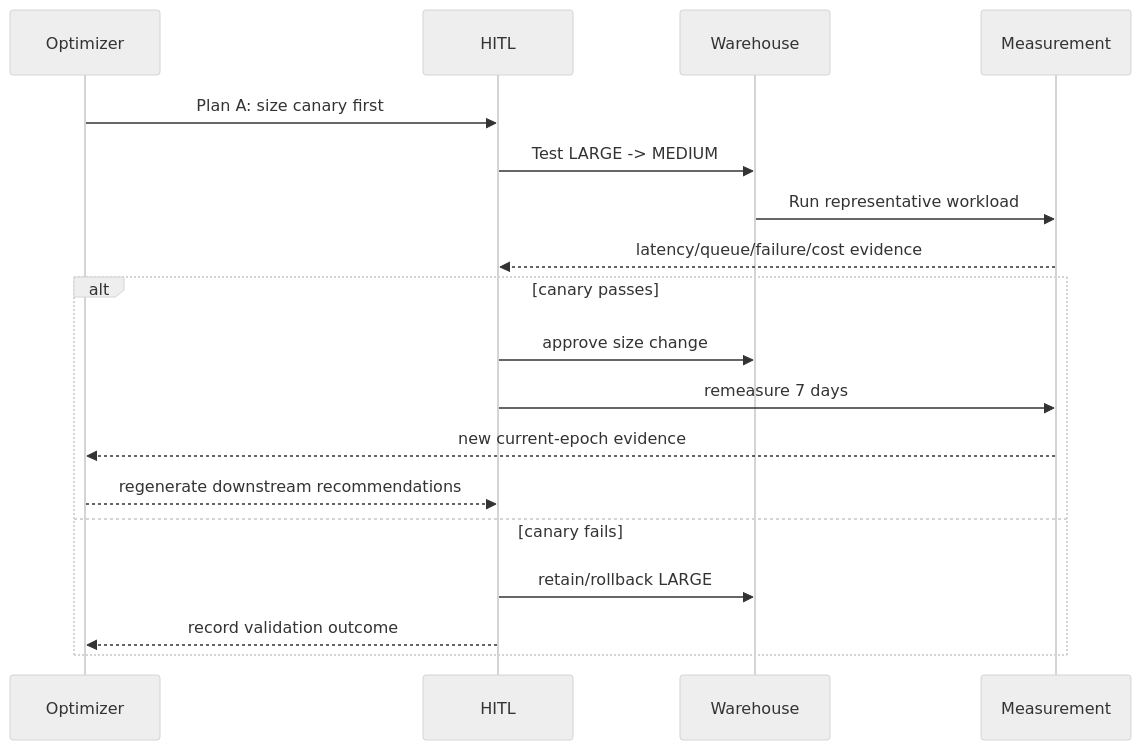
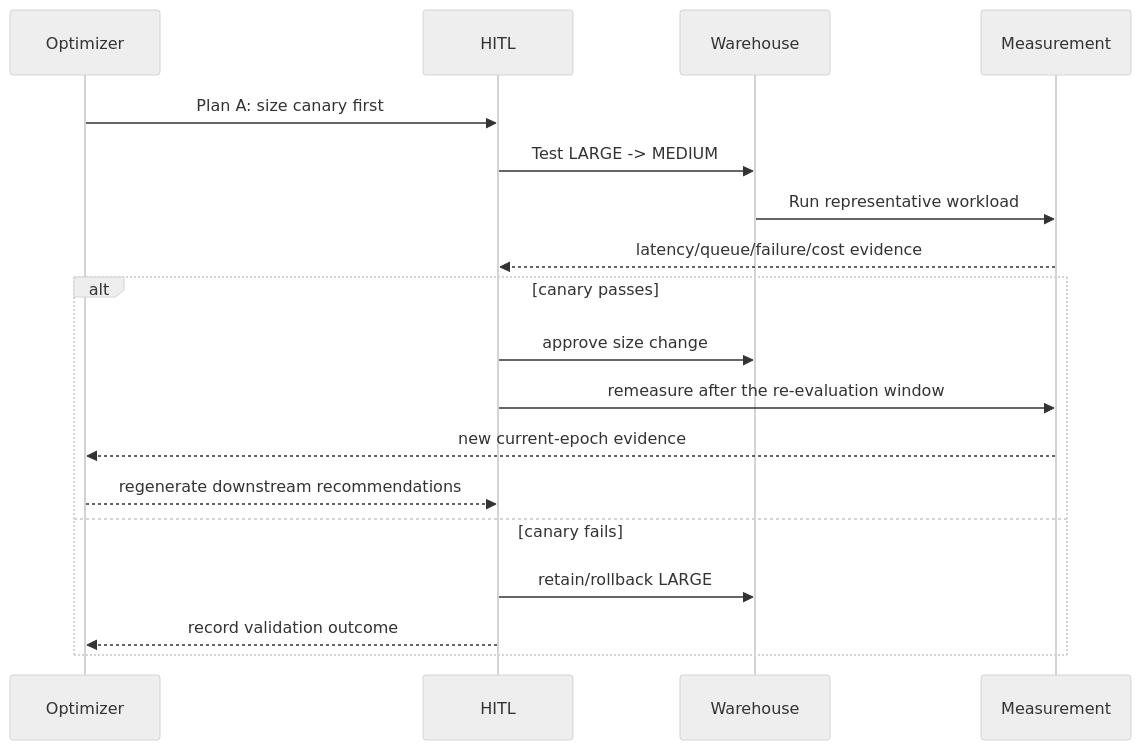
One commit to thiaga-gk/expert-funicular changed diagram 19 of 19 in docs/architecture/context.md. Above: the diagram before and after it, drawn with Mermaid (neutral theme). The commit also changed other lines of this file and 8 other files, not shown here.

````diff
--- a/docs/architecture/context.md
+++ b/docs/architecture/context.md
@@ -1313,21 +1233,21 @@
 ```mermaid
 sequenceDiagram
     participant O as Optimizer
     participant H as HITL
     participant W as Warehouse
     participant M as Measurement
 
     O->>H: Plan A: size canary first
     H->>W: Test LARGE -> MEDIUM
     W->>M: Run representative workload
     M-->>H: latency/queue/failure/cost evidence
     alt canary passes
         H->>W: approve size change
-        H->>M: remeasure 7 days
+        H->>M: remeasure after the re-evaluation window
         M-->>O: new current-epoch evidence
         O-->>H: regenerate downstream recommendations
     else canary fails
         H->>W: retain/rollback LARGE
         H-->>O: record validation outcome
     end
 ```
````
